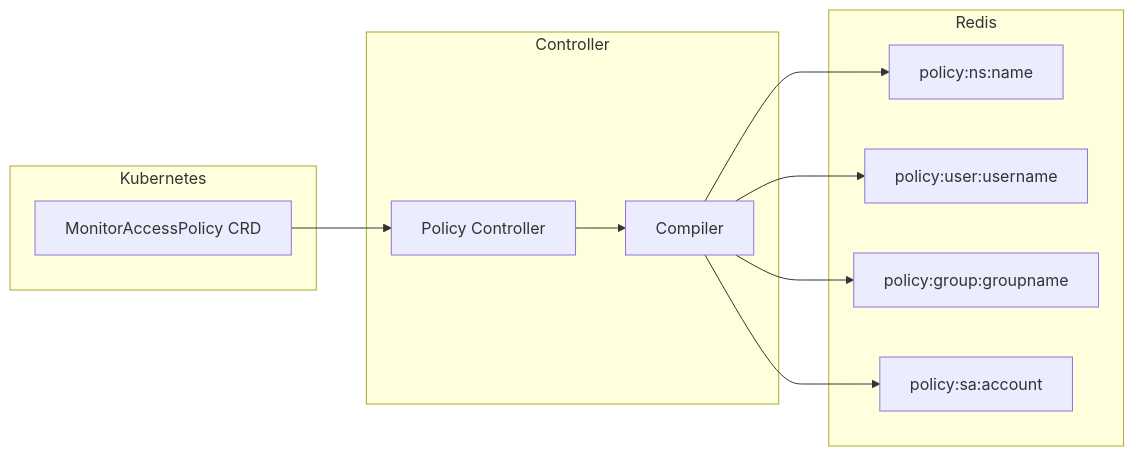
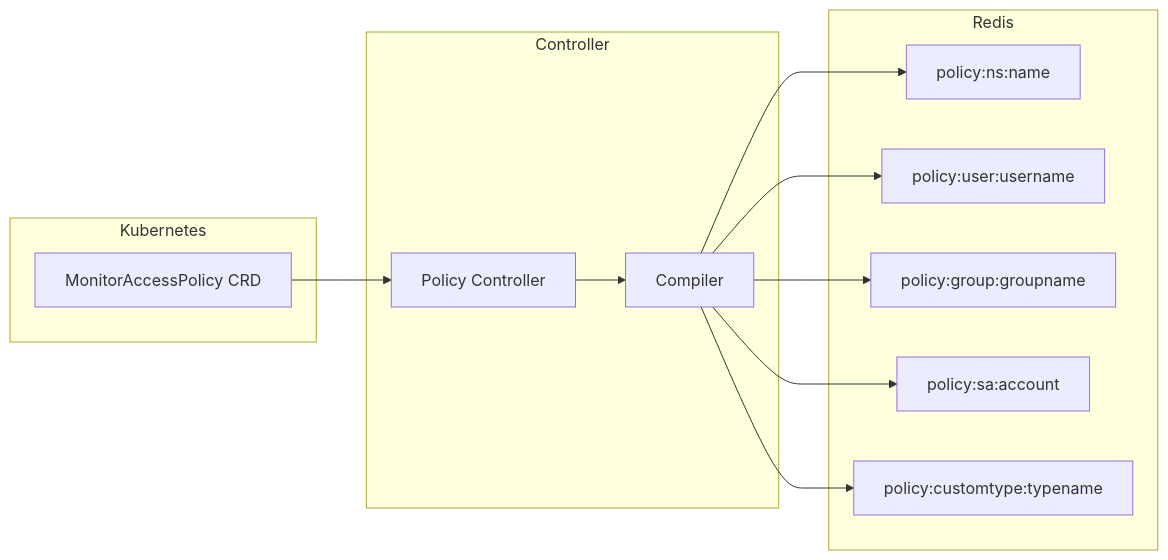
Before and after one commit to ClusterPulse/clusterpulse: the third of 3 diagrams in docs/concepts/rbac-model.md, drawn with Mermaid. The commit also changed other lines of this file and 14 other files, not shown here.

````diff
--- a/docs/concepts/rbac-model.md
+++ b/docs/concepts/rbac-model.md
@@ -274,25 +372,27 @@
 ```mermaid
 flowchart LR
     subgraph Kubernetes
         CRD[MonitorAccessPolicy CRD]
     end
     
     subgraph Controller
         PC[Policy Controller]
         Compiler[Compiler]
     end
     
     subgraph Redis
         Policy[policy:ns:name]
         UserIdx[policy:user:username]
         GroupIdx[policy:group:groupname]
         SAIdx[policy:sa:account]
+        CustomIdx[policy:customtype:typename]
     end
     
     CRD --> PC
     PC --> Compiler
     Compiler --> Policy
     Compiler --> UserIdx
     Compiler --> GroupIdx
     Compiler --> SAIdx
+    Compiler --> CustomIdx
 ```
````
